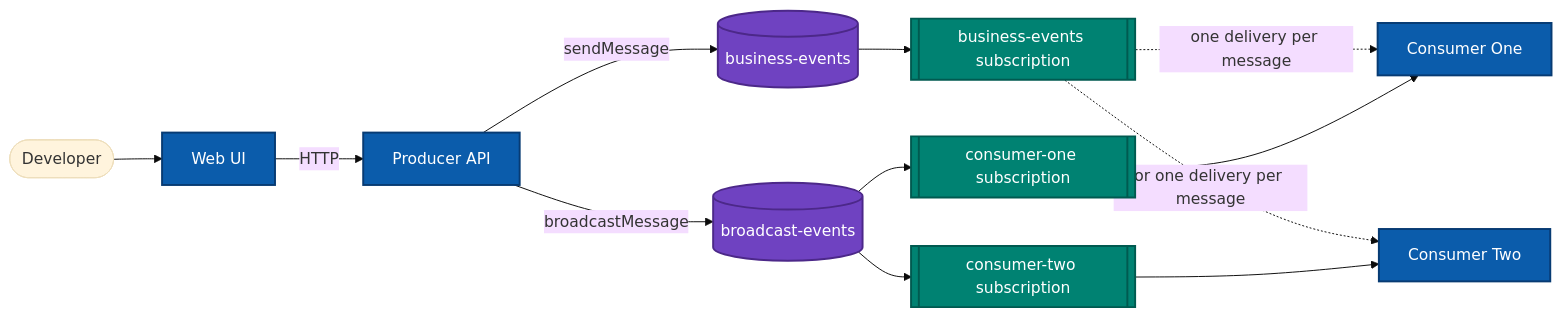
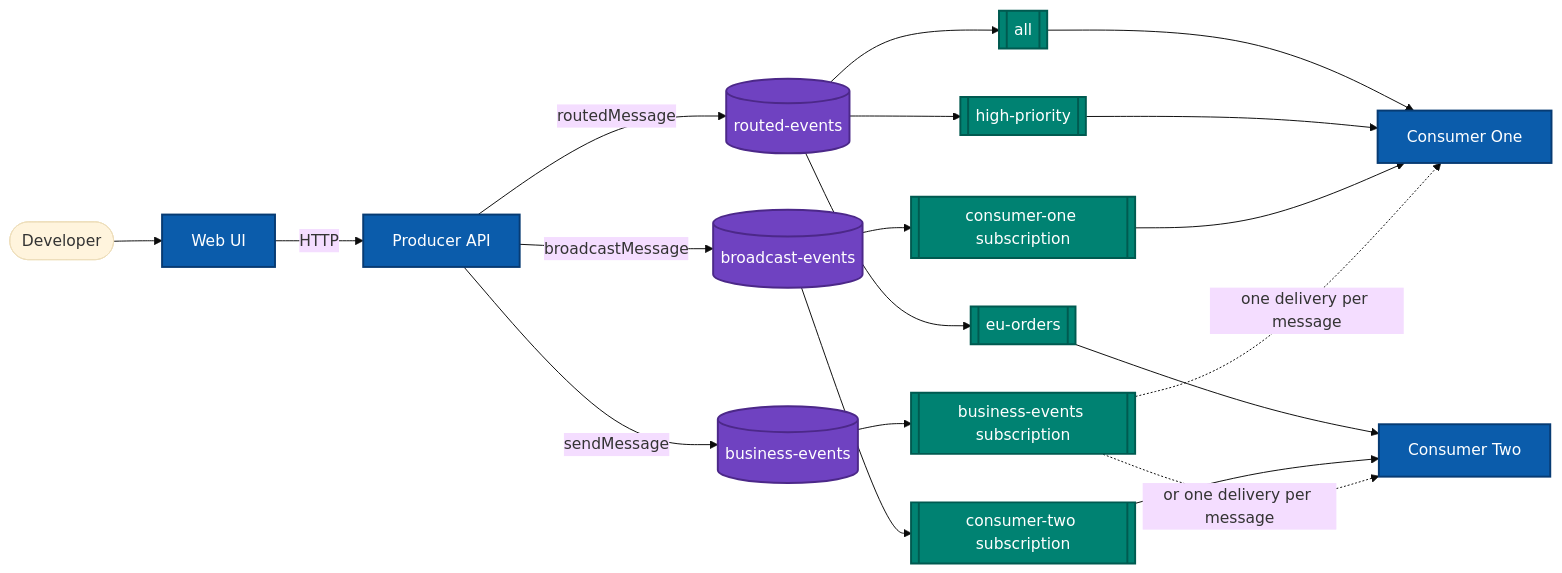
Before and after one commit to william-liebenberg/ServiceBusDemo: the first of 3 diagrams in README.md, drawn with Mermaid (base theme). The commit also changed other lines of this file and 19 other files, not shown here.

````diff
--- a/README.md
+++ b/README.md
@@ -25,23 +26,30 @@
 ```mermaid
 flowchart LR
     User([Developer]) --> UI[Web UI]
     UI -->|HTTP| API[Producer API]
     API -->|sendMessage| SharedTopic[(business-events)]
     API -->|broadcastMessage| FanoutTopic[(broadcast-events)]
+    API -->|routedMessage| RoutedTopic[(routed-events)]
 
     SharedTopic --> SharedSub[[business-events subscription]]
     SharedSub -. "one delivery per message" .-> C1[Consumer One]
     SharedSub -. "or one delivery per message" .-> C2[Consumer Two]
 
     FanoutTopic --> SubOne[[consumer-one subscription]]
     FanoutTopic --> SubTwo[[consumer-two subscription]]
     SubOne --> C1
     SubTwo --> C2
+    RoutedTopic --> HighSub[[high-priority]]
+    RoutedTopic --> EuSub[[eu-orders]]
+    RoutedTopic --> AllSub[[all]]
+    HighSub --> C1
+    AllSub --> C1
+    EuSub --> C2
 
     classDef app fill:#0b5cab,color:#fff,stroke:#073b73,stroke-width:2px;
     classDef topic fill:#6f42c1,color:#fff,stroke:#4c2889,stroke-width:2px;
     classDef subscription fill:#008272,color:#fff,stroke:#005a50,stroke-width:2px;
     class UI,API,C1,C2 app;
-    class SharedTopic,FanoutTopic topic;
-    class SharedSub,SubOne,SubTwo subscription;
+    class SharedTopic,FanoutTopic,RoutedTopic topic;
+    class SharedSub,SubOne,SubTwo,HighSub,EuSub,AllSub subscription;
 ```
````
